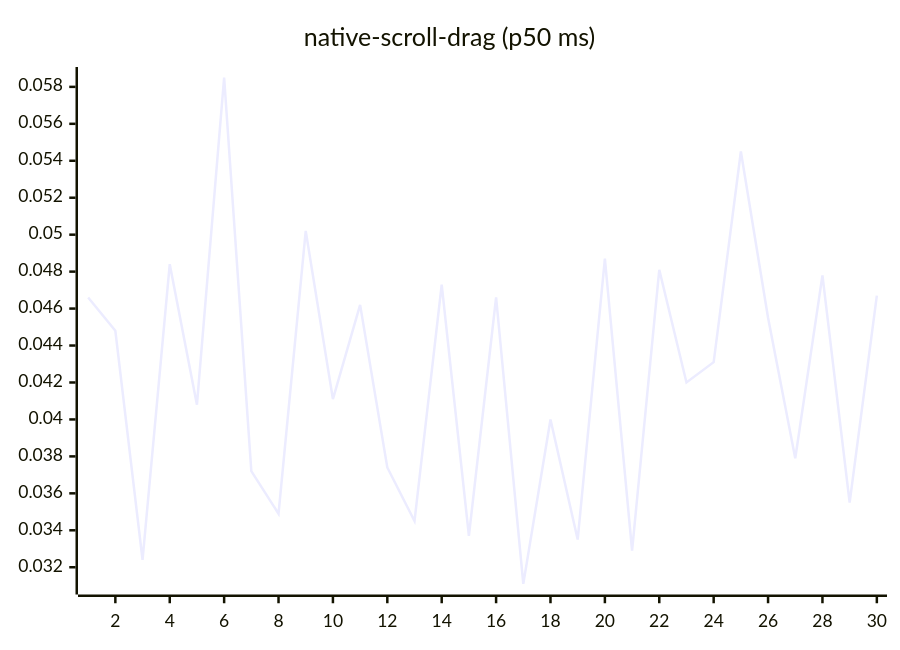
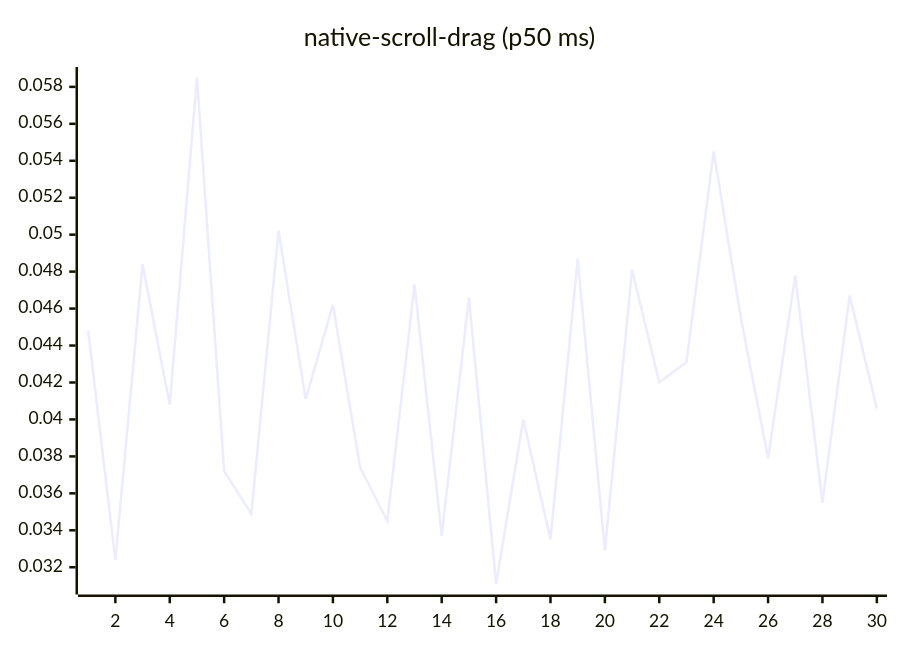
Diagram 14 of 27 in README.md (josha/Facet), drawn with Mermaid before and after one commit. The commit also changed other lines of this file and 2 other files, not shown here.

````diff
--- a/README.md
+++ b/README.md
@@ -154,6 +154,6 @@
 ```mermaid
 xychart-beta
     title "native-scroll-drag (p50 ms)"
     x-axis 1 --> 30
-    line [0.0466, 0.0448, 0.0324, 0.0484, 0.0408, 0.0585, 0.0372, 0.0349, 0.0502, 0.0411, 0.0462, 0.0374, 0.0345, 0.0473, 0.0337, 0.0466, 0.0311, 0.0400, 0.0335, 0.0487, 0.0329, 0.0481, 0.0420, 0.0431, 0.0545, 0.0455, 0.0379, 0.0478, 0.0355, 0.0467]
+    line [0.0448, 0.0324, 0.0484, 0.0408, 0.0585, 0.0372, 0.0349, 0.0502, 0.0411, 0.0462, 0.0374, 0.0345, 0.0473, 0.0337, 0.0466, 0.0311, 0.0400, 0.0335, 0.0487, 0.0329, 0.0481, 0.0420, 0.0431, 0.0545, 0.0455, 0.0379, 0.0478, 0.0355, 0.0467, 0.0406]
 ```
````
